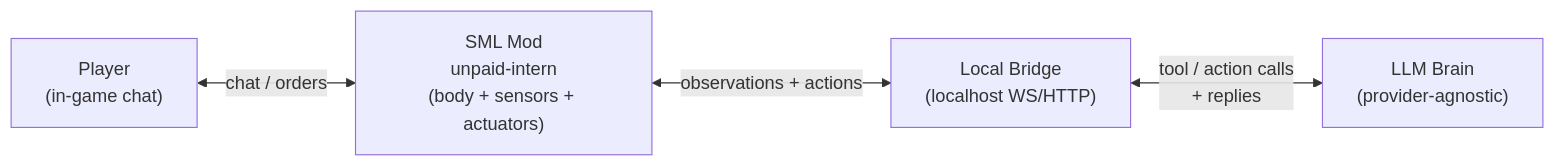
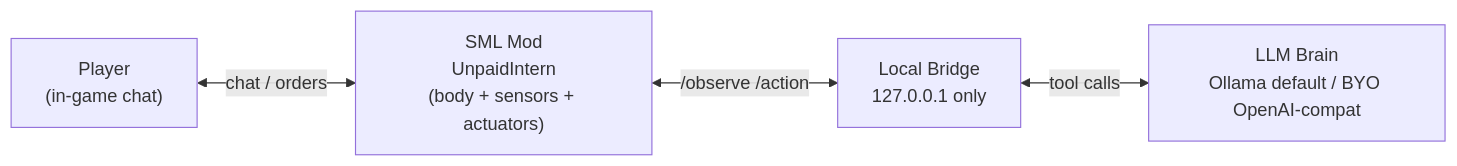
One commit to Jack-Reason/unpaid-intern changed the diagram in README.md. Above: the diagram before and after it, drawn with Mermaid. The commit also changed other lines of this file and 37 other files, not shown here.

First line of the commit message:
feat(m1): scaffold SML mod stubs, Python brain, scripts, and CI-ready tree

````diff
--- a/README.md
+++ b/README.md
@@ -44,11 +24,11 @@
 ```mermaid
 flowchart LR
   Player["Player<br/>(in-game chat)"]
-  Mod["SML Mod<br/>unpaid-intern<br/>(body + sensors + actuators)"]
-  Bridge["Local Bridge<br/>(localhost WS/HTTP)"]
-  Brain["LLM Brain<br/>(provider-agnostic)"]
+  Mod["SML Mod<br/>UnpaidIntern<br/>(body + sensors + actuators)"]
+  Bridge["Local Bridge<br/>127.0.0.1 only"]
+  Brain["LLM Brain<br/>Ollama default / BYO OpenAI-compat"]
 
   Player <-->|"chat / orders"| Mod
-  Mod <-->|"observations + actions"| Bridge
-  Bridge <-->|"tool / action calls<br/>+ replies"| Brain
+  Mod <-->|"/observe /action"| Bridge
+  Bridge <-->|"tool calls"| Brain
 ```
````
